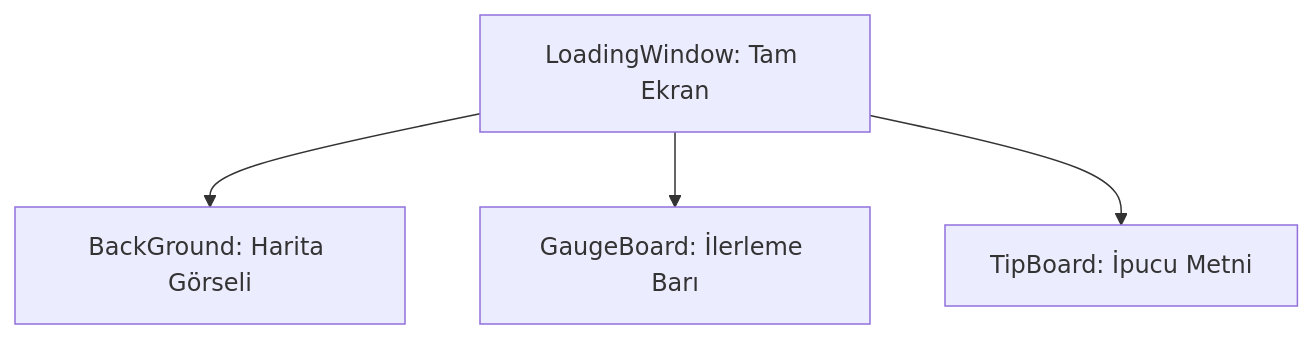
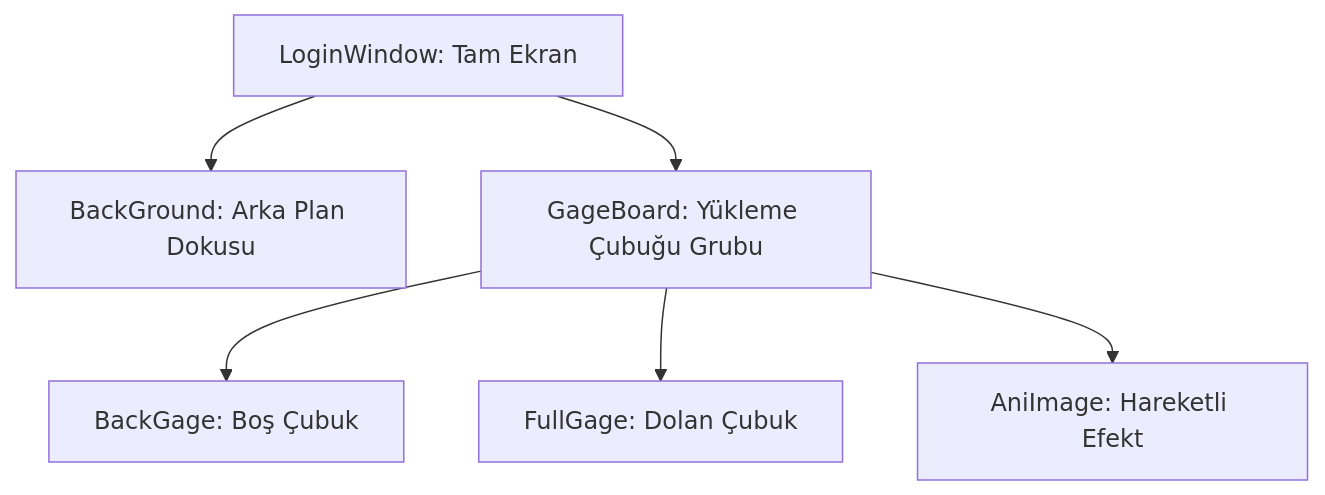
The diagram in uiscript/loadingwindow/skills.md (Engin622/Metin2-Pack-Agent-Skills), drawn with Mermaid before and after one commit. The commit also changed other lines of this file and 11 other files, not shown here.

````diff
--- a/uiscript/loadingwindow/skills.md
+++ b/uiscript/loadingwindow/skills.md
@@ -31,6 +33,8 @@
 ```mermaid
 graph TD
-    A[LoadingWindow: Tam Ekran] --> B[BackGround: Harita Görseli]
-    A --> C[GaugeBoard: İlerleme Barı]
-    A --> D[TipBoard: İpucu Metni]
+    A[LoginWindow: Tam Ekran] --> B[BackGround: Arka Plan Dokusu]
+    A --> C[GageBoard: Yükleme Çubuğu Grubu]
+    C --> D[BackGage: Boş Çubuk]
+    C --> E[FullGage: Dolan Çubuk]
+    C --> F[AniImage: Hareketli Efekt]
 ```
````
